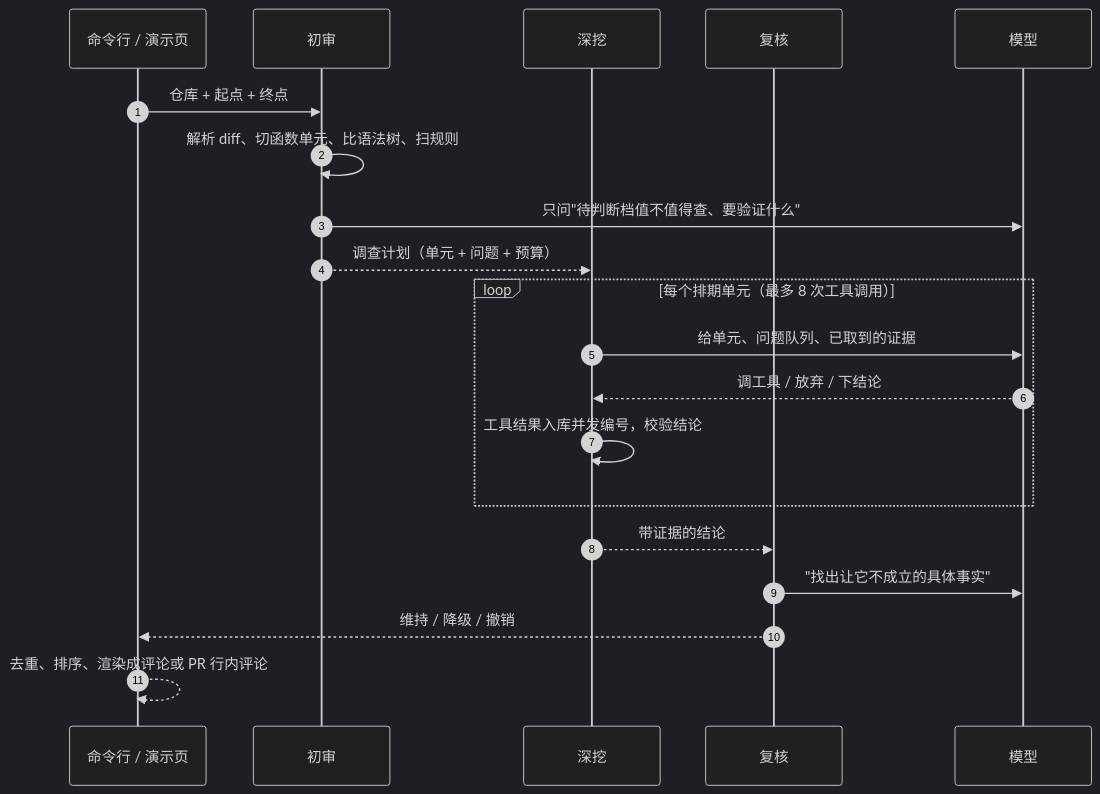
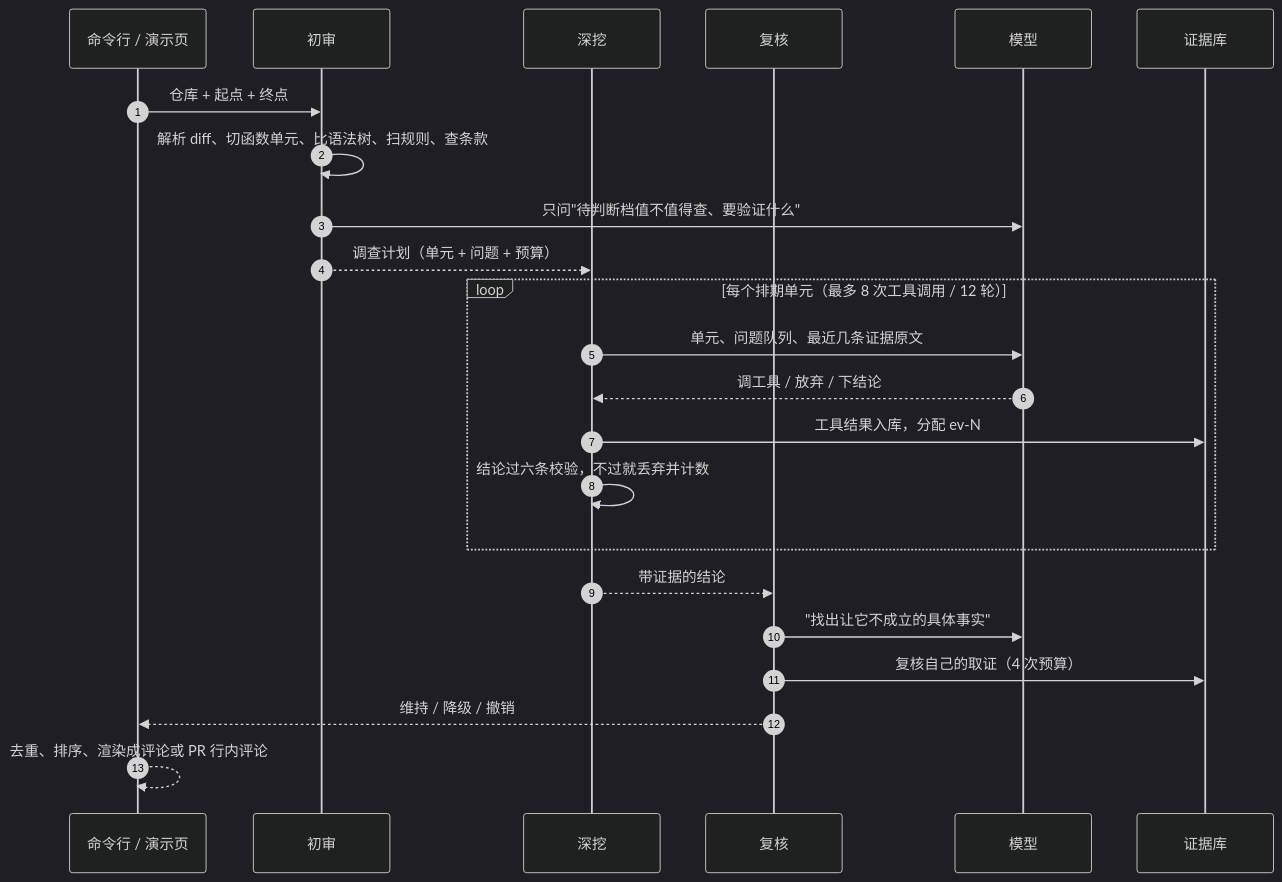
The diagram in README.md (Xiangyfff/diff-review-agent), drawn with Mermaid (dark theme) before and after one commit. The commit also changed other lines of this file and 3 other files, not shown here.

First line of the commit message:
重做演示页，用截图把流水线讲清楚

````diff
--- a/README.md
+++ b/README.md
@@ -71,23 +80,26 @@
 ```mermaid
 sequenceDiagram
     autonumber
     participant CLI as 命令行 / 演示页
     participant T as 初审
     participant I as 深挖
     participant V as 复核
     participant M as 模型
+    participant E as 证据库
 
     CLI->>T: 仓库 + 起点 + 终点
-    T->>T: 解析 diff、切函数单元、比语法树、扫规则
+    T->>T: 解析 diff、切函数单元、比语法树、扫规则、查条款
     T->>M: 只问"待判断档值不值得查、要验证什么"
     T-->>I: 调查计划（单元 + 问题 + 预算）
-    loop 每个排期单元（最多 8 次工具调用）
-        I->>M: 给单元、问题队列、已取到的证据
+    loop 每个排期单元（最多 8 次工具调用 / 12 轮）
+        I->>M: 单元、问题队列、最近几条证据原文
         M-->>I: 调工具 / 放弃 / 下结论
-        I->>I: 工具结果入库并发编号，校验结论
+        I->>E: 工具结果入库，分配 ev-N
+        I->>I: 结论过六条校验，不过就丢弃并计数
     end
     I-->>V: 带证据的结论
     V->>M: "找出让它不成立的具体事实"
+    V->>E: 复核自己的取证（4 次预算）
     V-->>CLI: 维持 / 降级 / 撤销
     CLI-->>CLI: 去重、排序、渲染成评论或 PR 行内评论
 ```
````
